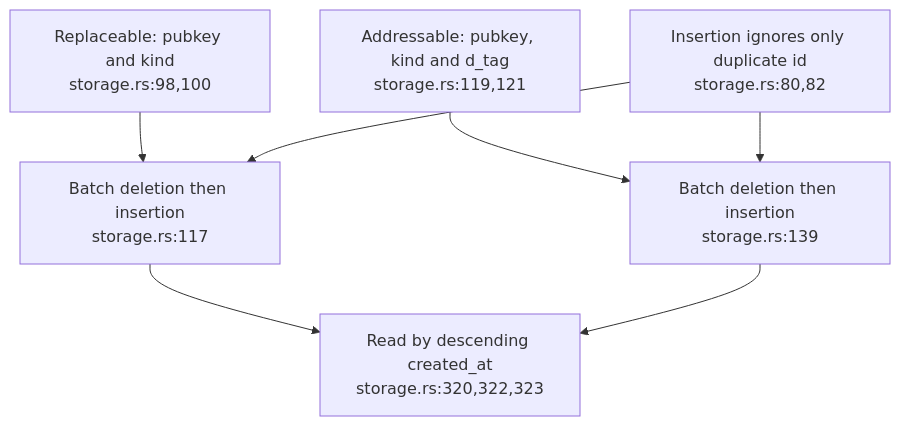
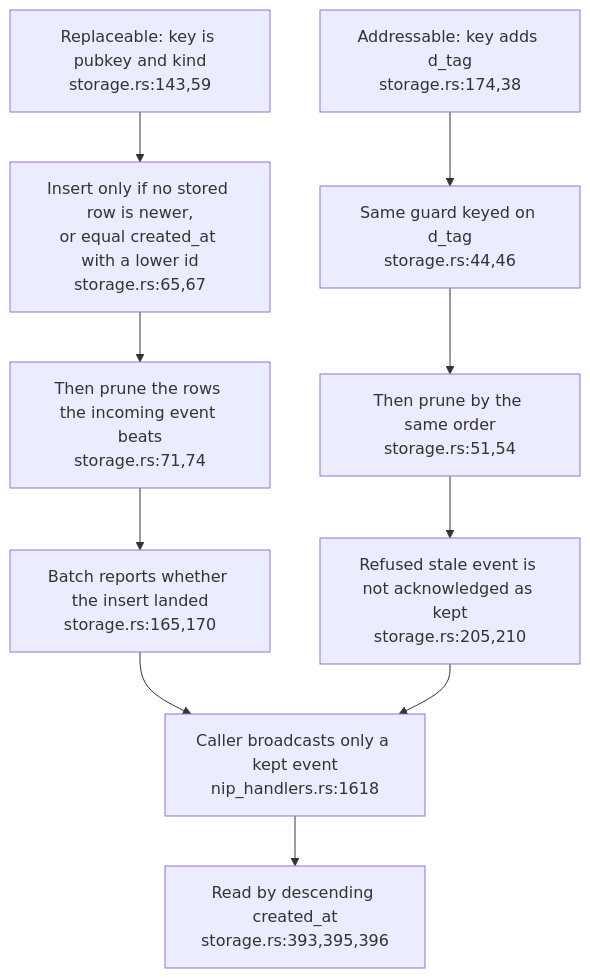
The third of 3 diagrams in docs/diagrams/nostr-rust-forum/13-group-admission-and-replacement.md (DreamLab-AI/VisionFlow), drawn with Mermaid before and after one commit. The commit also changed other lines of this file and 4 other files, not shown here.

First line of the commit message:
docs(diagrams): re-verify NF-13, NF-19, NF-20, NF-22, NF-23 at nostr-rust-forum af4f0d5

````diff
--- a/docs/diagrams/nostr-rust-forum/13-group-admission-and-replacement.md
+++ b/docs/diagrams/nostr-rust-forum/13-group-admission-and-replacement.md
@@ -53,9 +53,12 @@
 ```mermaid
 flowchart TD
-    REP["Replaceable: pubkey and kind<br/>storage.rs:98,100"] --> BATCH["Batch deletion then insertion<br/>storage.rs:117"]
-    ADDR["Addressable: pubkey, kind and d_tag<br/>storage.rs:119,121"] --> BATCH2["Batch deletion then insertion<br/>storage.rs:139"]
-    INSERT["Insertion ignores only duplicate id<br/>storage.rs:80,82"] --> BATCH
-    INSERT --> BATCH2
-    BATCH --> READ["Read by descending created_at<br/>storage.rs:320,322,323"]
-    BATCH2 --> READ
+    REP["Replaceable: key is pubkey and kind<br/>storage.rs:143,59"] --> INS["Insert only if no stored row is newer,<br/>or equal created_at with a lower id<br/>storage.rs:65,67"]
+    ADDR["Addressable: key adds d_tag<br/>storage.rs:174,38"] --> INS2["Same guard keyed on d_tag<br/>storage.rs:44,46"]
+    INS --> PRUNE["Then prune the rows the incoming event beats<br/>storage.rs:71,74"]
+    INS2 --> PRUNE2["Then prune by the same order<br/>storage.rs:51,54"]
+    PRUNE --> KEPT["Batch reports whether the insert landed<br/>storage.rs:165,170"]
+    PRUNE2 --> KEPT2["Refused stale event is not acknowledged as kept<br/>storage.rs:205,210"]
+    KEPT --> SAVE["Caller broadcasts only a kept event<br/>nip_handlers.rs:1618"]
+    KEPT2 --> SAVE
+    SAVE --> READ["Read by descending created_at<br/>storage.rs:393,395,396"]
 ```
````
